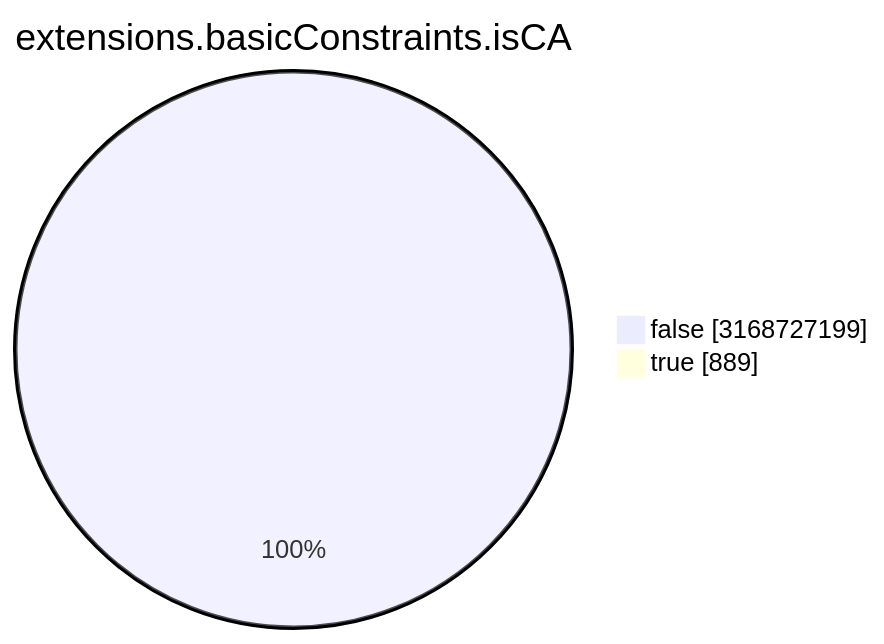
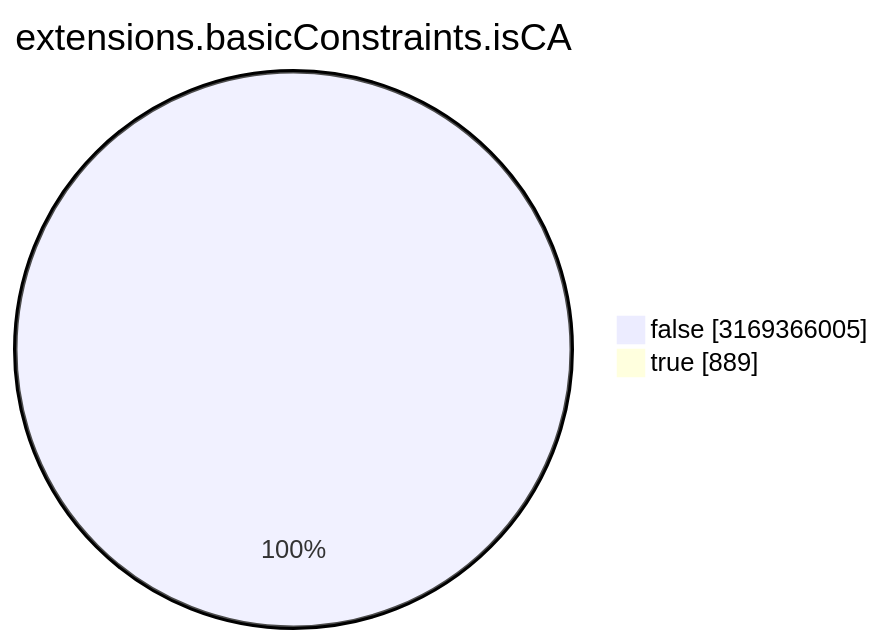
One commit to christiankrug/ctmonitor_visualization changed the seventh of 15 diagrams in TOTAL/README.md. Above: the diagram before and after it, drawn with Mermaid. The commit also changed other lines of this file, not shown here.

````diff
--- a/TOTAL/README.md
+++ b/TOTAL/README.md
@@ -3088,6 +3088,6 @@
 ```mermaid
 pie showData
 title extensions.basicConstraints.isCA
-"false" :3168727199
+"false" :3169366005
 "true" :889
 ```
````
